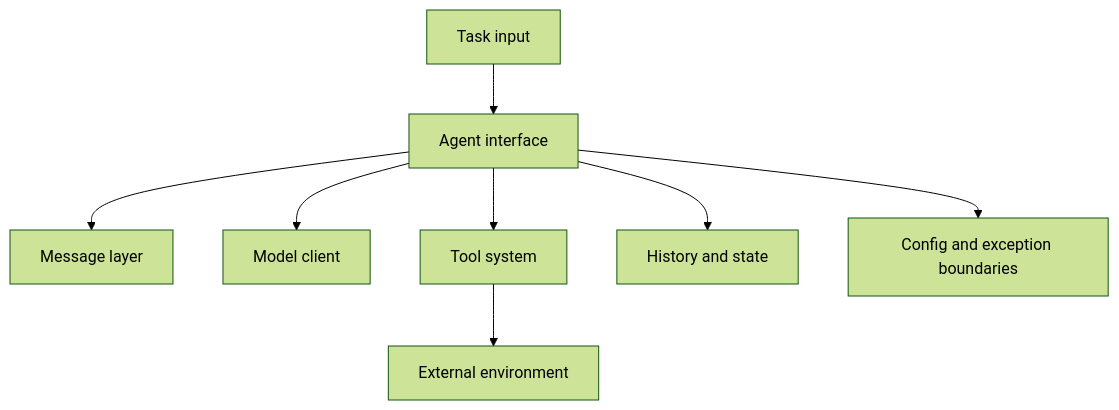
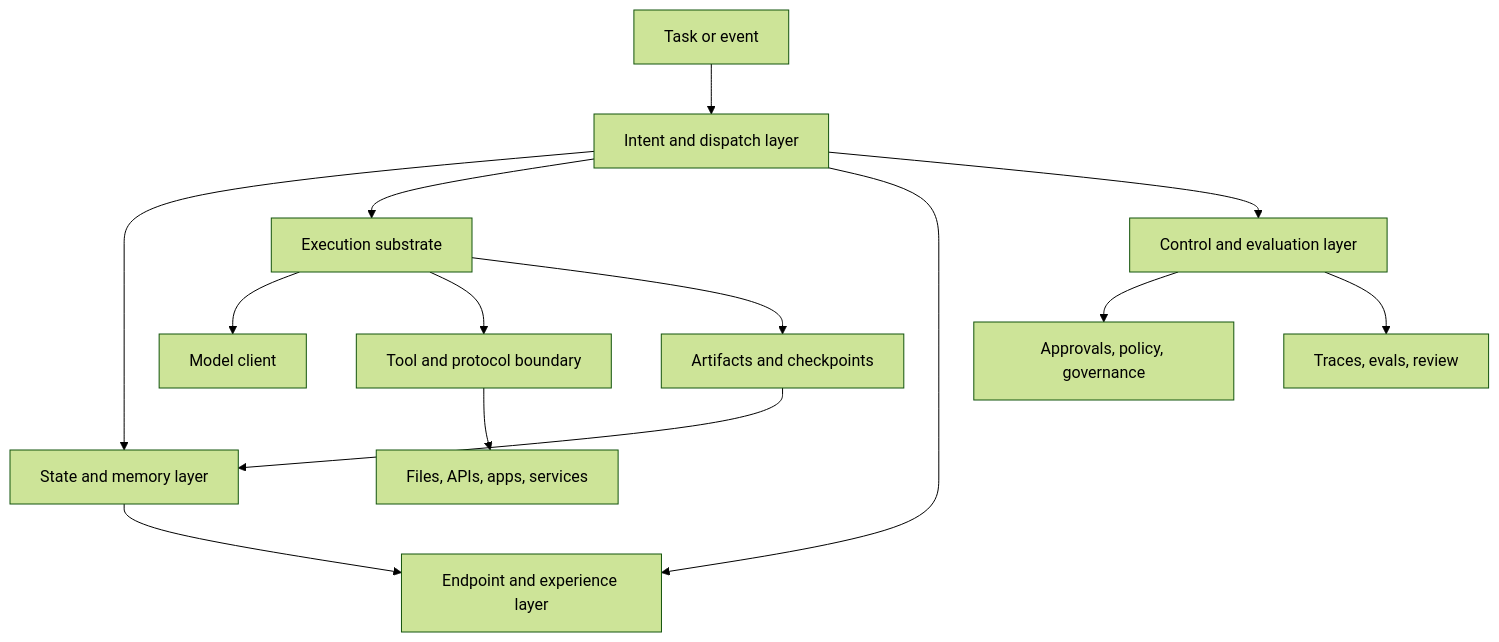
The diagram in patterns/agent-runtime-building-blocks.mdx (Prompthon-IO/agent-systems-handbook), drawn with Mermaid (forest theme) before and after one commit. The commit also changed other lines of this file and 5 other files, not shown here.

````diff
--- a/patterns/agent-runtime-building-blocks.mdx
+++ b/patterns/agent-runtime-building-blocks.mdx
@@ -53,10 +97,16 @@
 ```mermaid
 flowchart TD
-  Input["Task input"] --> Agent["Agent interface"]
-  Agent --> Messages["Message layer"]
-  Agent --> Model["Model client"]
-  Agent --> Tools["Tool system"]
-  Agent --> State["History and state"]
-  Agent --> Errors["Config and exception boundaries"]
-  Tools --> Environment["External environment"]
+  Input["Task or event"] --> Dispatch["Intent and dispatch layer"]
+  Dispatch --> State["State and memory layer"]
+  Dispatch --> Sandbox["Execution substrate"]
+  Dispatch --> Endpoint["Endpoint and experience layer"]
+  Sandbox --> Model["Model client"]
+  Sandbox --> Tools["Tool and protocol boundary"]
+  Tools --> External["Files, APIs, apps, services"]
+  Sandbox --> Artifacts["Artifacts and checkpoints"]
+  Dispatch --> Control["Control and evaluation layer"]
+  Control --> Policy["Approvals, policy, governance"]
+  Control --> Traces["Traces, evals, review"]
+  State --> Endpoint
+  Artifacts --> State
 ```
````
